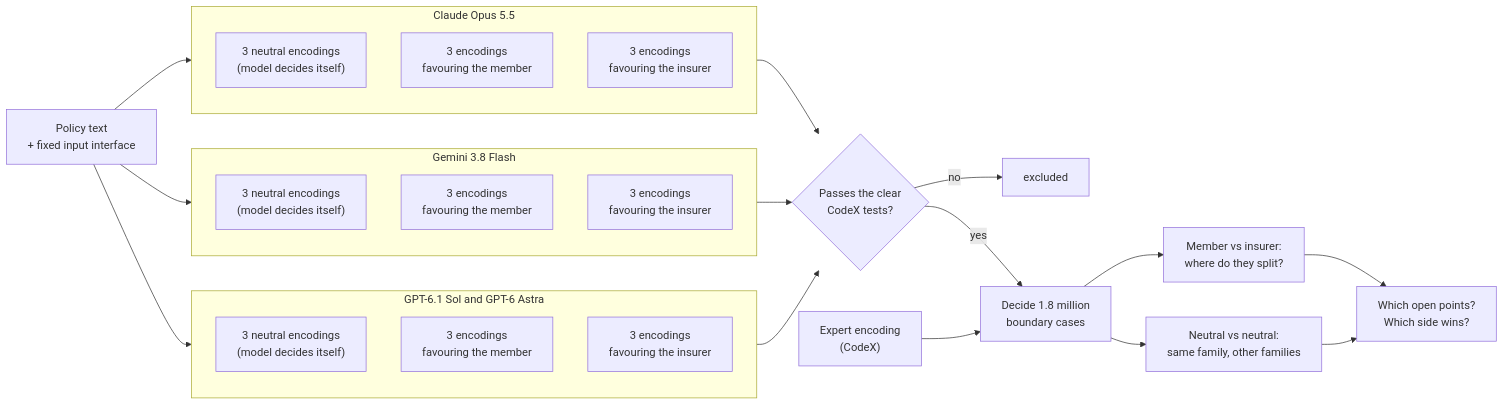
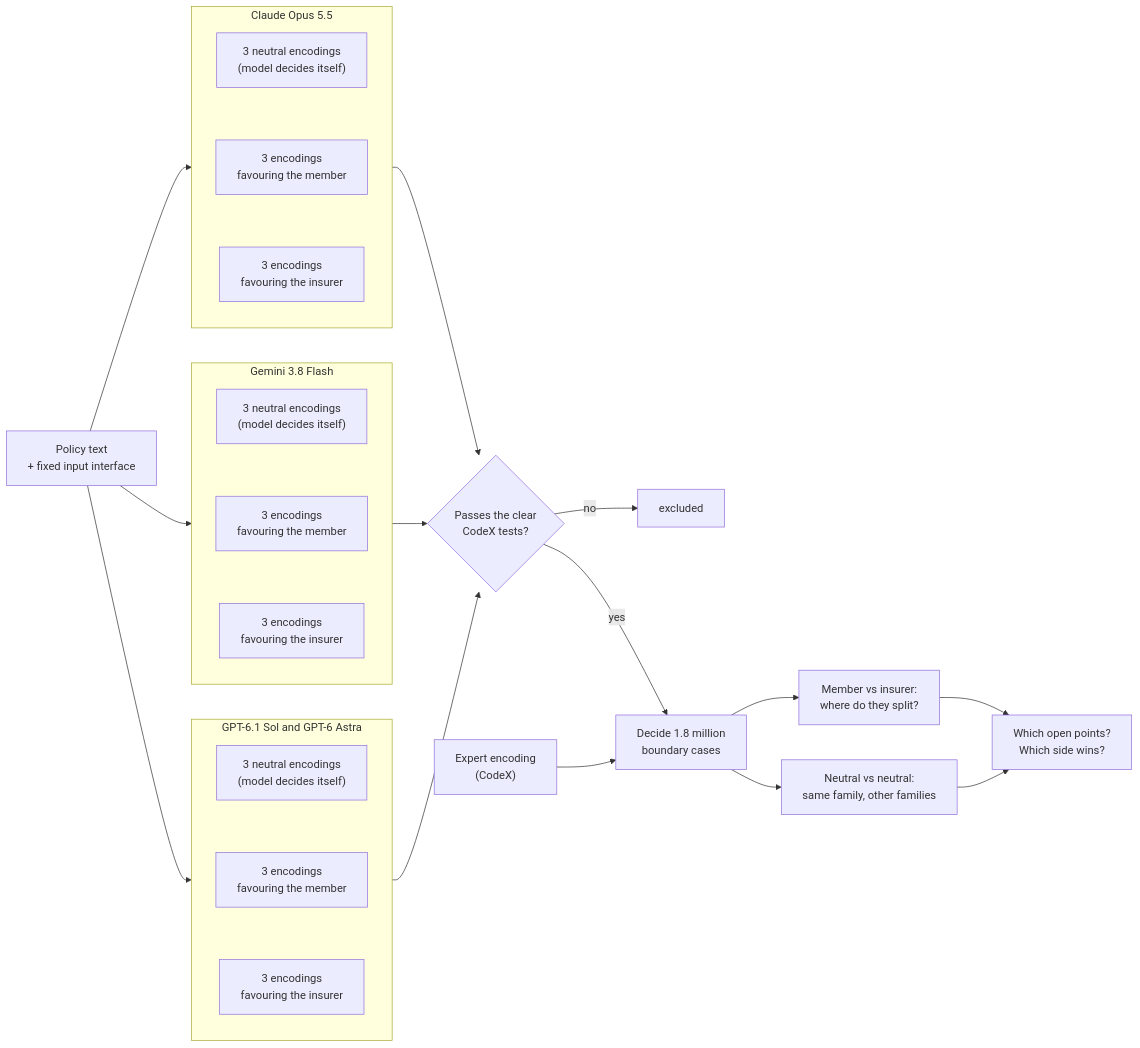
Before and after one commit to mert-ayv/what-disagreement-cannot-see-pilot: the diagram in README.md, drawn with Mermaid.

Commit message:
README diagram: stack the three encoding groups per family

````diff
--- a/README.md
+++ b/README.md
@@ -49,31 +49,34 @@
 ```mermaid
 flowchart LR
     T["Policy text<br/>+ fixed input interface"]
     subgraph C["Claude Opus 5.5"]
         direction TB
         C1["3 neutral encodings<br/>(model decides itself)"]
         C2["3 encodings<br/>favouring the member"]
         C3["3 encodings<br/>favouring the insurer"]
+        C1 ~~~ C2 ~~~ C3
     end
     subgraph G["Gemini 3.8 Flash"]
         direction TB
         G1["3 neutral encodings<br/>(model decides itself)"]
         G2["3 encodings<br/>favouring the member"]
         G3["3 encodings<br/>favouring the insurer"]
+        G1 ~~~ G2 ~~~ G3
     end
     subgraph O["GPT-6.1 Sol and GPT-6 Astra"]
         direction TB
         O1["3 neutral encodings<br/>(model decides itself)"]
         O2["3 encodings<br/>favouring the member"]
         O3["3 encodings<br/>favouring the insurer"]
+        O1 ~~~ O2 ~~~ O3
     end
     T --> C & G & O
     C & G & O --> A{"Passes the clear<br/>CodeX tests?"}
     A -- "no" --> X["excluded"]
     A -- "yes" --> R["Decide 1.8 million<br/>boundary cases"]
     E["Expert encoding<br/>(CodeX)"] --> R
     R --> M1["Member vs insurer:<br/>where do they split?"]
     R --> M2["Neutral vs neutral:<br/>same family, other families"]
     M1 --> P["Which open points?<br/>Which side wins?"]
     M2 --> P
 ```
````
